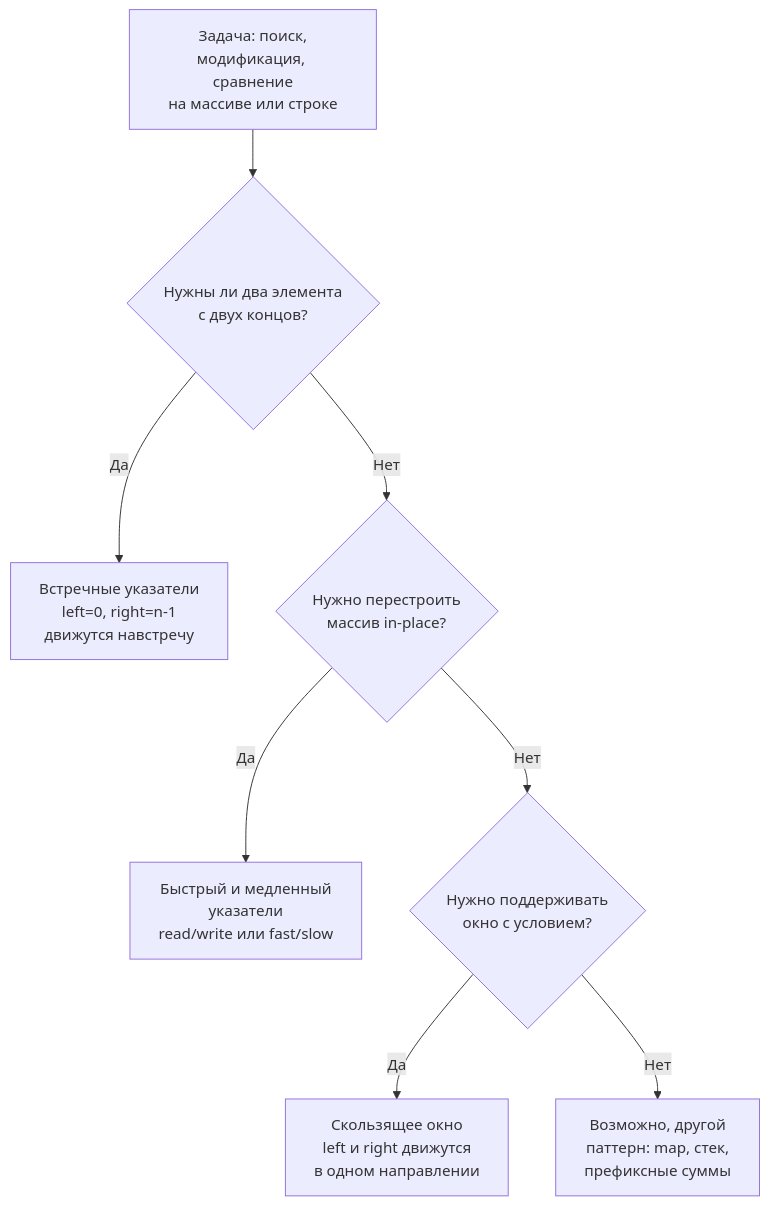
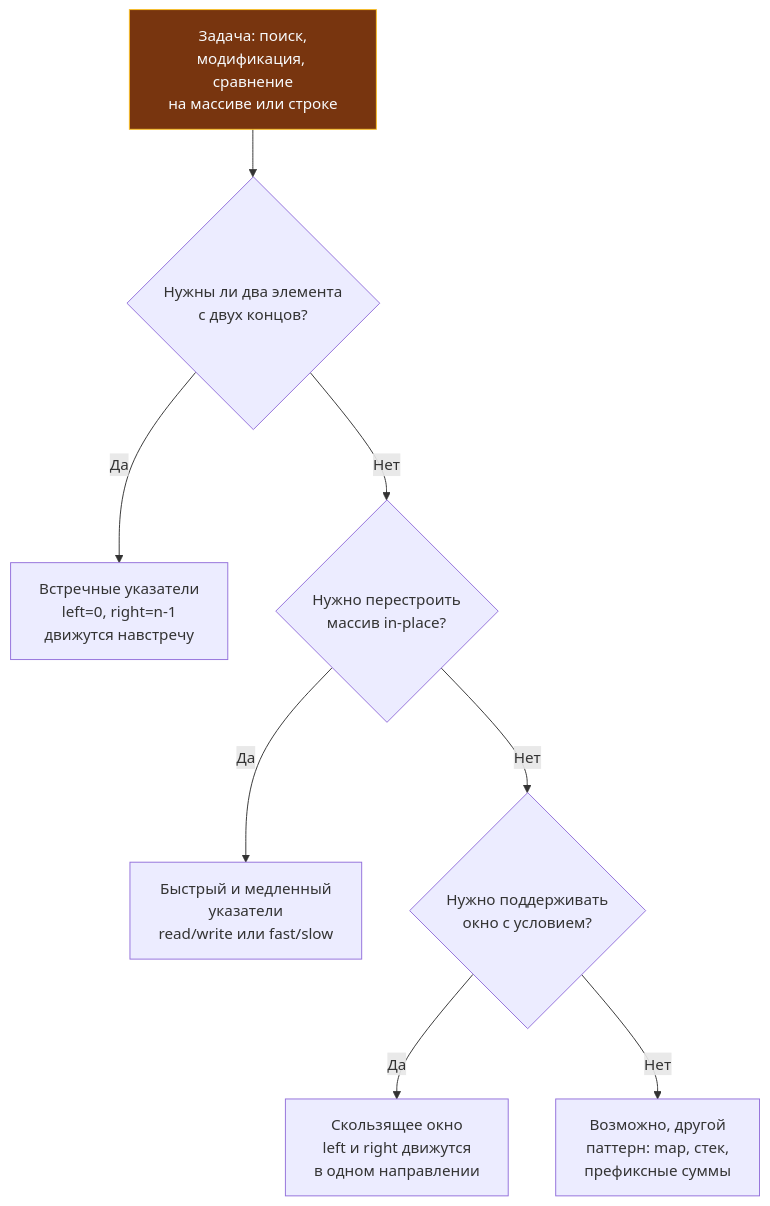
The diagram in sources/21. Задачи с LeetCode и собеседований на Go/02. Задачи/02. Два указателя/1. Теория. Два указателя.md (UnrealTemplier/go-textbook), drawn with Mermaid before and after one commit. The commit also changed 1666 other files, not shown here.

First line of the commit message:
feat(mermaid): add semantic color classDef to 1369 colorless flowchart/graph diagrams

````diff
--- a/sources/21. Задачи с LeetCode и собеседований на Go/02. Задачи/02. Два указателя/1. Теория. Два указателя.md
+++ b/sources/21. Задачи с LeetCode и собеседований на Go/02. Задачи/02. Два указателя/1. Теория. Два указателя.md
@@ -12,10 +12,20 @@
 ```mermaid
 flowchart TD
-    Problem["Задача: поиск,<br>модификация, сравнение<br>на массиве или строке"] --> Q1{"Нужны ли два элемента<br>с двух концов?"}
+    classDef process  fill:#1e293b,stroke:#38bdf8,stroke-width:1px,color:#f8fafc
+    classDef success  fill:#064e3b,stroke:#34d399,stroke-width:1px,color:#f8fafc
+    classDef error    fill:#7f1d1d,stroke:#f87171,stroke-width:1px,color:#f8fafc
+    classDef warning  fill:#78350f,stroke:#fbbf24,stroke-width:1px,color:#f8fafc
+    classDef entry    fill:#1e3a5f,stroke:#38bdf8,stroke-width:2px,color:#f8fafc
+    classDef aux      fill:#334155,stroke:#64748b,stroke-width:1px,color:#f8fafc
+    classDef system   fill:#312e81,stroke:#a78bfa,stroke-width:1px,color:#f8fafc
+    classDef data     fill:#132d29,stroke:#2dd4bf,stroke-width:1px,color:#f8fafc
+    classDef network  fill:#881337,stroke:#fb7185,stroke-width:1px,color:#f8fafc
+    classDef accent   fill:#1e1b4b,stroke:#818cf8,stroke-width:1px,color:#f8fafc
+    Problem["Задача: поиск,<br>модификация, сравнение<br>на массиве или строке"]:::warning --> Q1{"Нужны ли два элемента<br>с двух концов?"}
     Q1 -->|"Да"| Opposite["Встречные указатели<br>left=0, right=n-1<br>движутся навстречу"]
     Q1 -->|"Нет"| Q2{"Нужно перестроить<br>массив in-place?"}
     Q2 -->|"Да"| FastSlow["Быстрый и медленный<br>указатели<br>read/write или fast/slow"]
     Q2 -->|"Нет"| Q3{"Нужно поддерживать<br>окно с условием?"}
     Q3 -->|"Да"| Window["Скользящее окно<br>left и right движутся<br>в одном направлении"]
     Q3 -->|"Нет"| Other["Возможно, другой<br>паттерн: map, стек,<br>префиксные суммы"]
 ```
````
